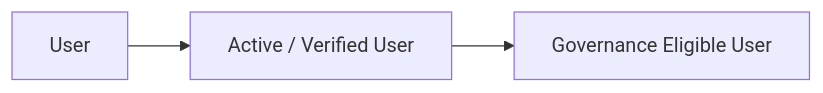
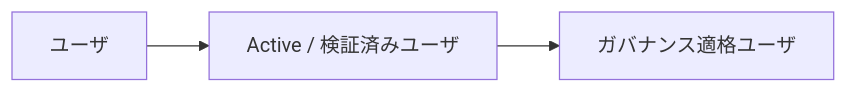
Before and after one commit to ShigeichiroYamasaki/creator-first-platform: the fourth of 17 diagrams in docs/whitepaper/01-vision.md, drawn with Mermaid. The commit also changed other lines of this file and 67 other files, not shown here.

````diff
--- a/docs/whitepaper/01-vision.md
+++ b/docs/whitepaper/01-vision.md
@@ -99,8 +99,8 @@
 ```mermaid
 flowchart LR
-    USER[User]
-    ACTIVE[Active / Verified User]
-    ELIGIBLE[Governance Eligible User]
+    USER[ユーザ]
+    ACTIVE[Active / 検証済みユーザ]
+    ELIGIBLE[ガバナンス適格ユーザ]
 
     USER --> ACTIVE --> ELIGIBLE
 ```
````
